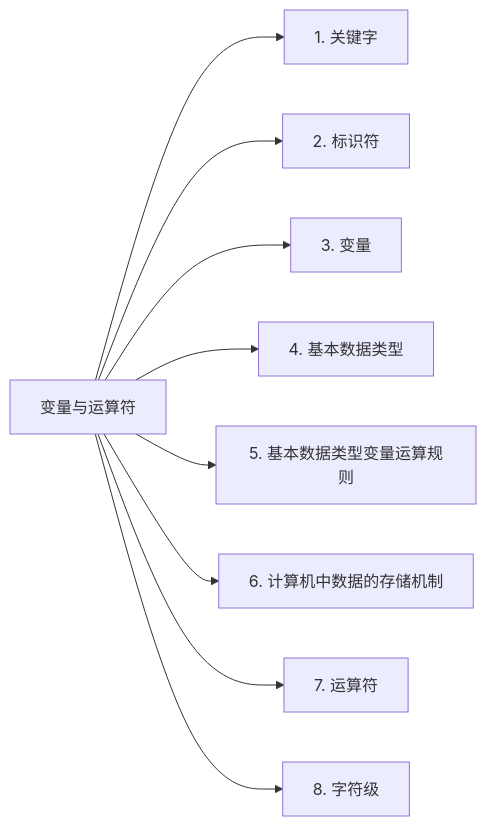
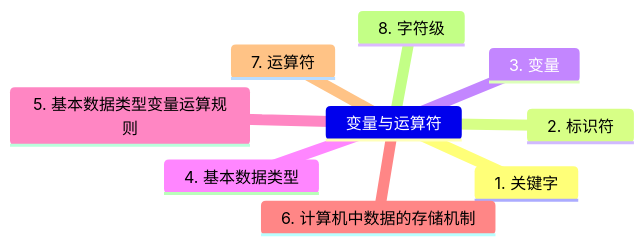
One commit to TZ0385/JavaPark changed the second of 16 diagrams in src/md/java/se/2023-02-15-overview.md. Above: the diagram before and after it, drawn with Mermaid. The commit also changed other lines of this file, not shown here.

````diff
--- a/src/md/java/se/2023-02-15-overview.md
+++ b/src/md/java/se/2023-02-15-overview.md
@@ -146,11 +147,12 @@
 ```mermaid
-graph LR
-A[变量与运算符] --> B[1. 关键字]
-A[变量与运算符] --> C[2. 标识符]
-A[变量与运算符] --> D[3. 变量]
-A[变量与运算符] --> E[4. 基本数据类型]
-A[变量与运算符] --> F[5. 基本数据类型变量运算规则]
-A[变量与运算符] --> G[6. 计算机中数据的存储机制]
-A[变量与运算符] --> H[7. 运算符]
-A[变量与运算符] --> I[8. 字符级]
+mindmap
+变量与运算符
+	1. 关键字
+	2. 标识符
+	3. 变量
+	4. 基本数据类型
+	5. 基本数据类型变量运算规则
+	6. 计算机中数据的存储机制
+	7. 运算符
+	8. 字符级
 ```
````
